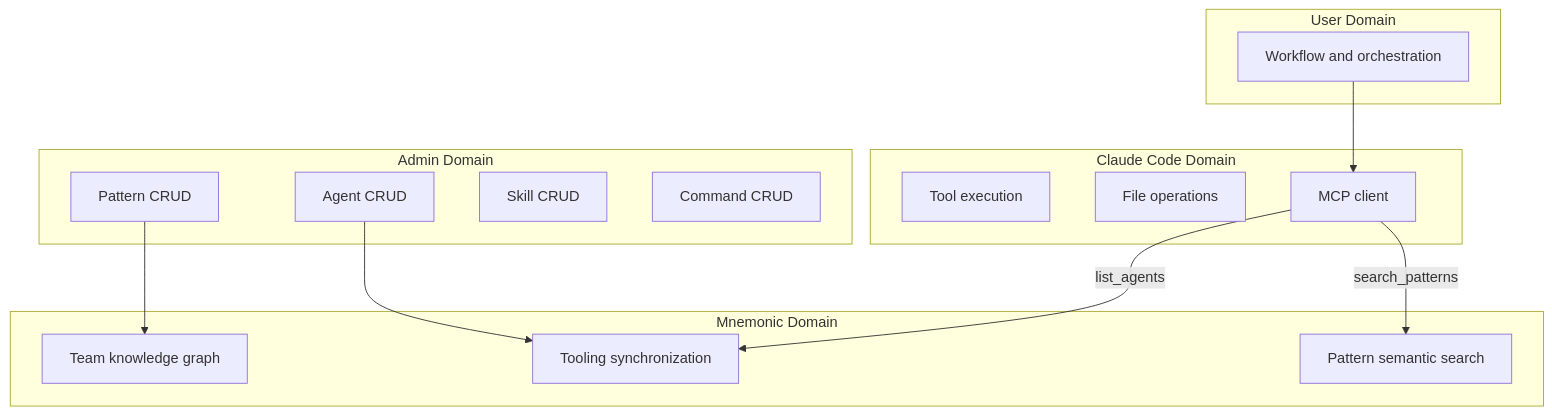
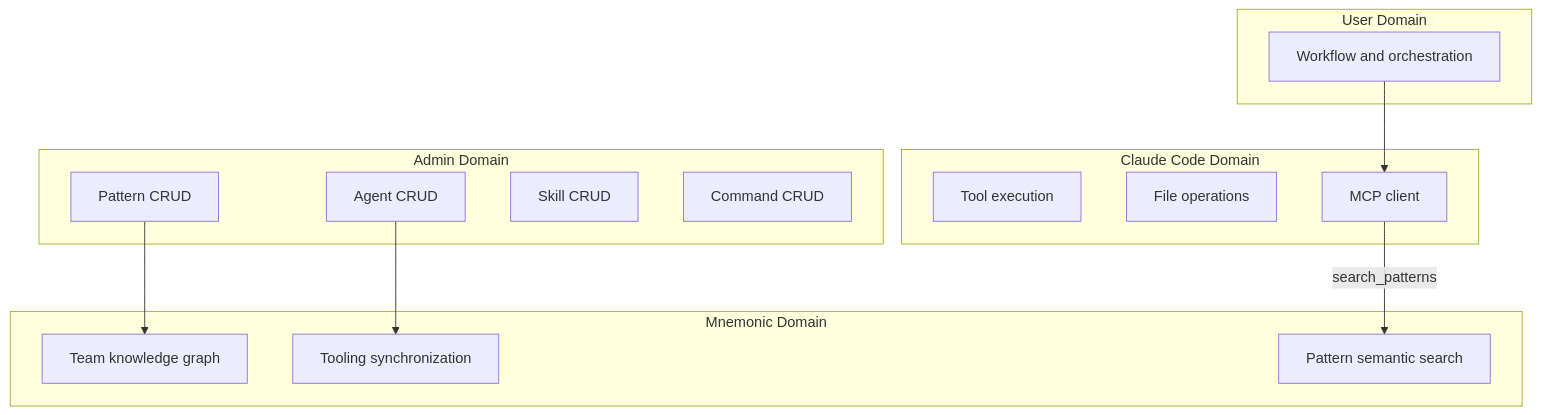
Before and after one commit to twistingmercury/mnemonic-mcp: the fifth of 6 diagrams in docs/architecture/02-system-architecture.md, drawn with Mermaid. The commit also changed 5 other files, not shown here.

Commit message:
04-data-architecture reviewed and updated

````diff
--- a/docs/architecture/02-system-architecture.md
+++ b/docs/architecture/02-system-architecture.md
@@ -268,31 +268,30 @@
 ```mermaid
 graph TB
     subgraph "User Domain"
         UD1[Workflow and orchestration]
     end
 
     subgraph "Claude Code Domain"
         CD1[Tool execution]
         CD2[File operations]
         CD3[MCP client]
     end
 
     subgraph "Mnemonic Domain"
         MD1[Team knowledge graph]
         MD2[Pattern semantic search]
         MD3[Tooling synchronization]
     end
 
     subgraph "Admin Domain"
         AD1[Pattern CRUD]
         AD2[Agent CRUD]
         AD3[Skill CRUD]
         AD4[Command CRUD]
     end
 
     UD1 --> CD3
     CD3 -->|"search_patterns"| MD2
-    CD3 -->|"list_agents"| MD3
     AD1 --> MD1
     AD2 --> MD3
 ```
````
